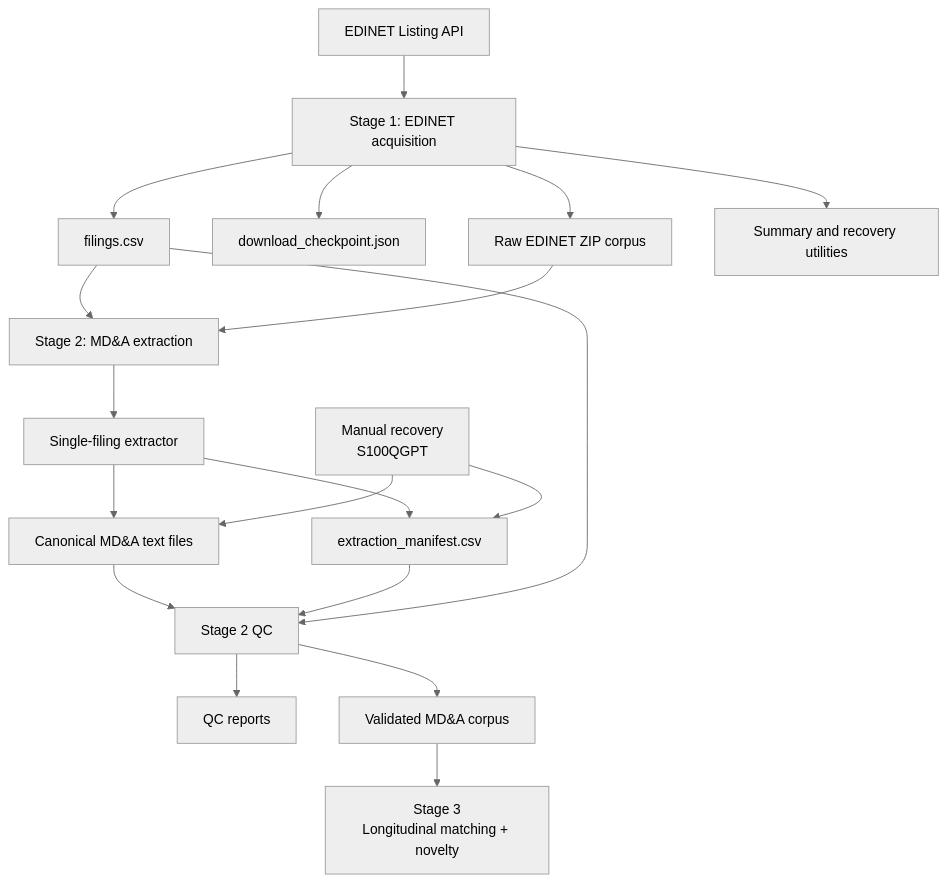
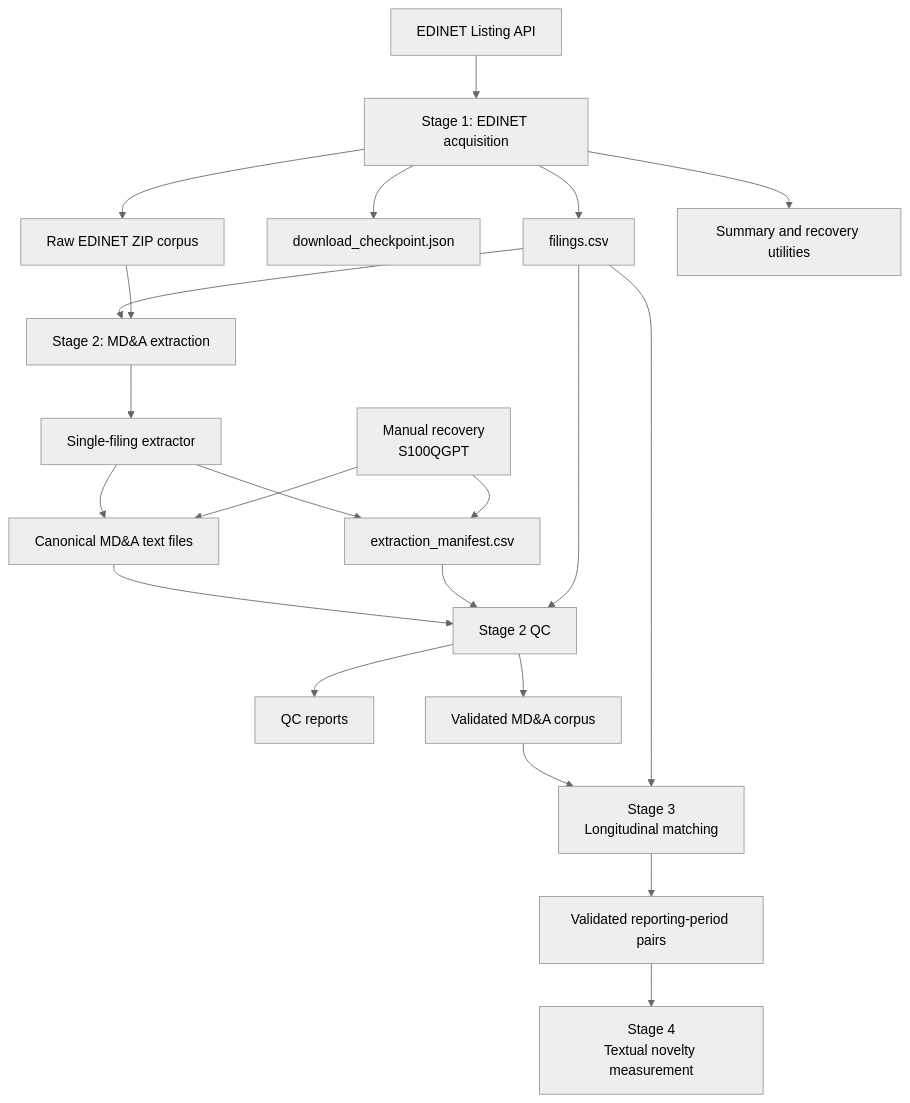
Before and after one commit to markblefevre/phd_research_pipeline: the first of 4 diagrams in docs/paper2/pipeline_overview.md, drawn with Mermaid (neutral theme). The commit also changed other lines of this file and 1 other file, not shown here.

````diff
--- a/docs/paper2/pipeline_overview.md
+++ b/docs/paper2/pipeline_overview.md
@@ -17,29 +18,32 @@
 ```mermaid
 flowchart TD
 
     A[EDINET Listing API] --> B[Stage 1: EDINET acquisition]
 
     B --> C[filings.csv]
     B --> D[download_checkpoint.json]
     B --> E[Raw EDINET ZIP corpus]
     B --> F[Summary and recovery utilities]
 
     C --> G[Stage 2: MD&A extraction]
     E --> G
 
     G --> H[Single-filing extractor]
     H --> I[Canonical MD&A text files]
     H --> J[extraction_manifest.csv]
 
     I --> K[Stage 2 QC]
     J --> K
     C --> K
 
     K --> L[QC reports]
     K --> M[Validated MD&A corpus]
 
     N[Manual recovery<br/>S100QGPT] --> I
     N --> J
 
-    M --> O[Stage 3<br/>Longitudinal matching + novelty]
+    M --> O[Stage 3<br/>Longitudinal matching]
+    C --> O
+    O --> P[Validated reporting-period pairs]
+    P --> Q[Stage 4<br/>Textual novelty measurement]
 ```
````
